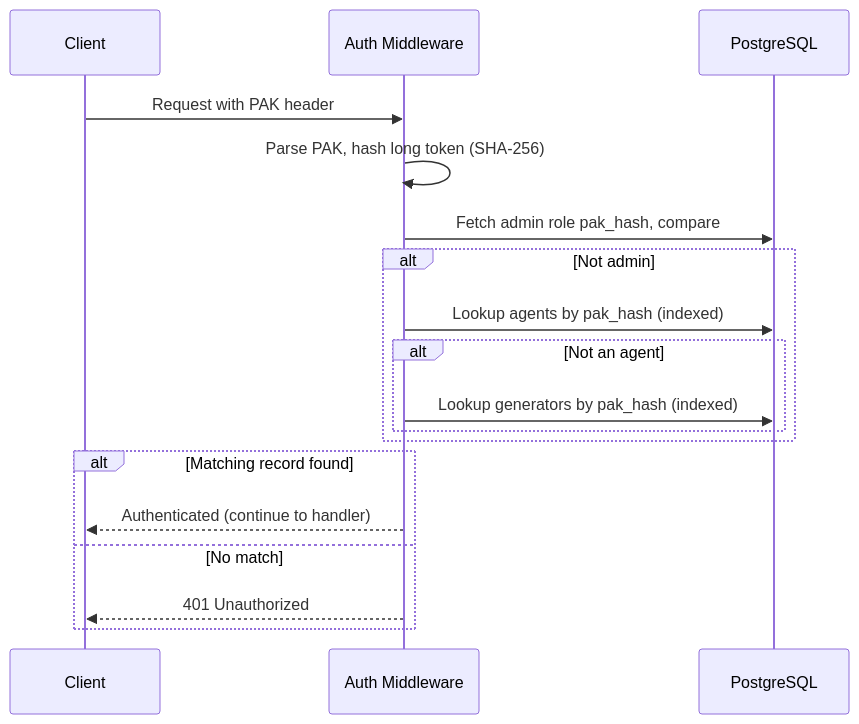
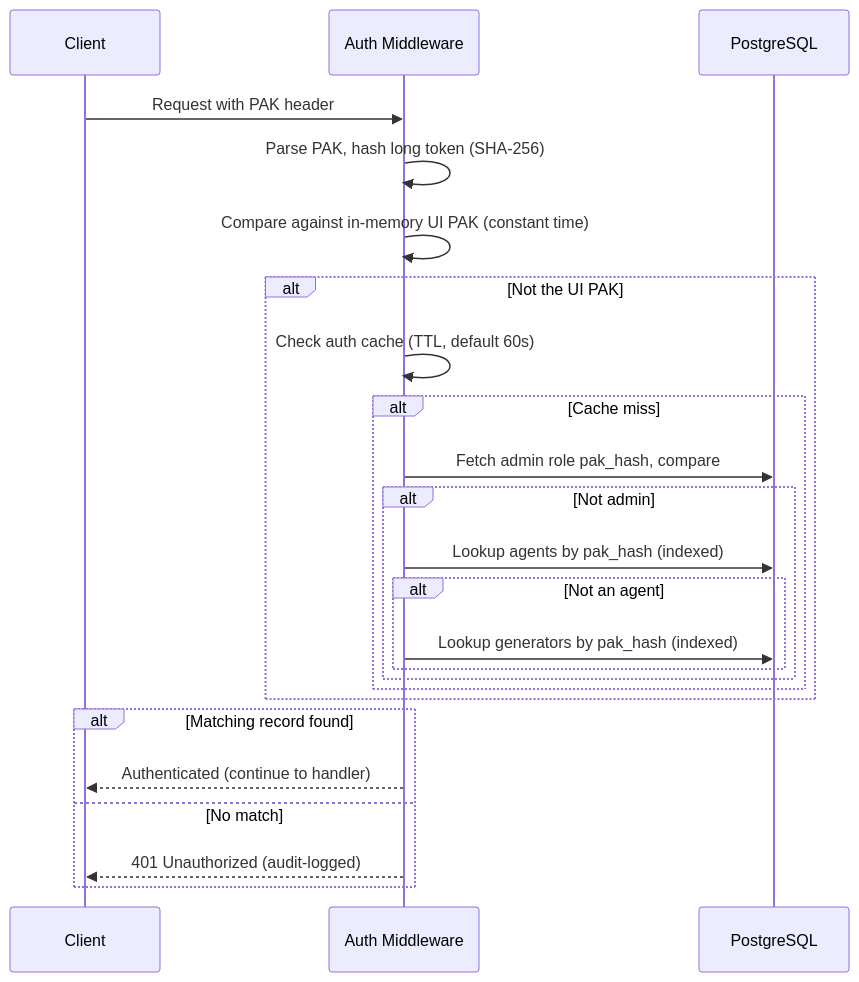
One commit to colliery-io/brokkr changed the second of 2 diagrams in docs/src/explanation/security-model.md. Above: the diagram before and after it, drawn with Mermaid. The commit also changed other lines of this file and 260 other files, not shown here.

````diff
--- a/docs/src/explanation/security-model.md
+++ b/docs/src/explanation/security-model.md
@@ -98,22 +98,28 @@
 ```mermaid
 sequenceDiagram
     participant Client
     participant Middleware as Auth Middleware
     participant DB as PostgreSQL
 
     Client->>Middleware: Request with PAK header
     Middleware->>Middleware: Parse PAK, hash long token (SHA-256)
-    Middleware->>DB: Fetch admin role pak_hash, compare
-    alt Not admin
-        Middleware->>DB: Lookup agents by pak_hash (indexed)
-        alt Not an agent
-            Middleware->>DB: Lookup generators by pak_hash (indexed)
+    Middleware->>Middleware: Compare against in-memory UI PAK (constant time)
+    alt Not the UI PAK
+        Middleware->>Middleware: Check auth cache (TTL, default 60s)
+        alt Cache miss
+            Middleware->>DB: Fetch admin role pak_hash, compare
+            alt Not admin
+                Middleware->>DB: Lookup agents by pak_hash (indexed)
+                alt Not an agent
+                    Middleware->>DB: Lookup generators by pak_hash (indexed)
+                end
+            end
         end
     end
 
     alt Matching record found
         Middleware-->>Client: Authenticated (continue to handler)
     else No match
-        Middleware-->>Client: 401 Unauthorized
+        Middleware-->>Client: 401 Unauthorized (audit-logged)
     end
 ```
````
